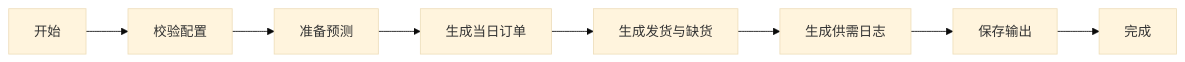
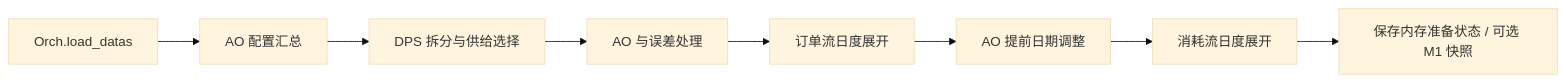
The first of 3 diagrams in docs/modules/modules_demand_planning.md (senzhang-ps/chainsight), drawn with Mermaid (base theme) before and after one commit. The commit also changed other lines of this file and 14 other files, not shown here.

````diff
--- a/docs/modules/modules_demand_planning.md
+++ b/docs/modules/modules_demand_planning.md
@@ -113,4 +87,10 @@
 ```mermaid
 flowchart LR
-    A["开始"] --> B["校验配置"] --> C["准备预测"] --> D["生成当日订单"] --> E["生成发货与缺货"] --> F["生成供需日志"] --> G["保存输出"] --> H["完成"]
+    A[Orch.load_datas] --> B[AO 配置汇总]
+    B --> C[DPS 拆分与供给选择]
+    C --> D[AO 与误差处理]
+    D --> E[订单流日度展开]
+    E --> F[AO 提前日期调整]
+    F --> G[消耗流日度展开]
+    G --> H[保存内存准备状态 / 可选 M1 快照]
 ```
````
